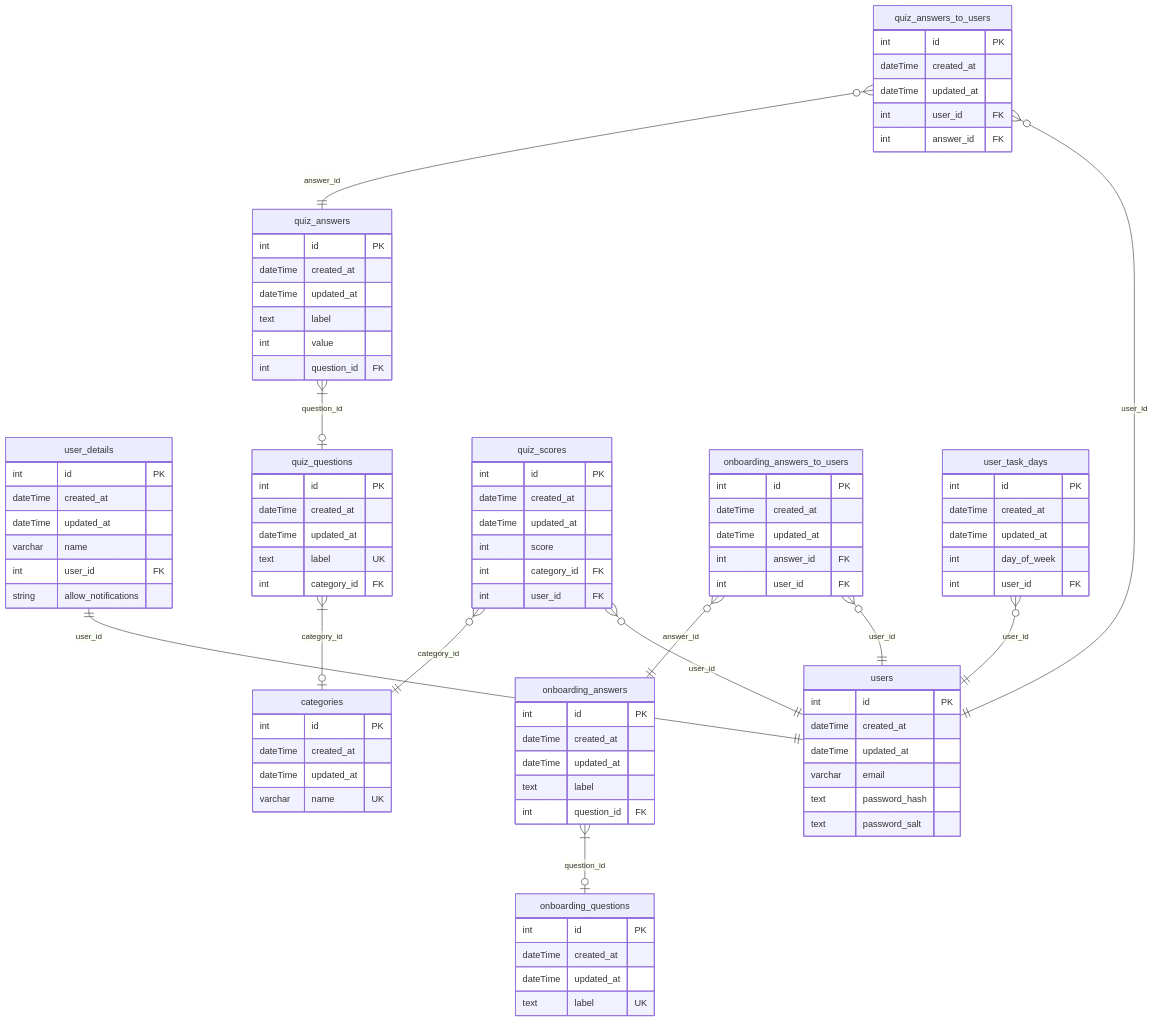
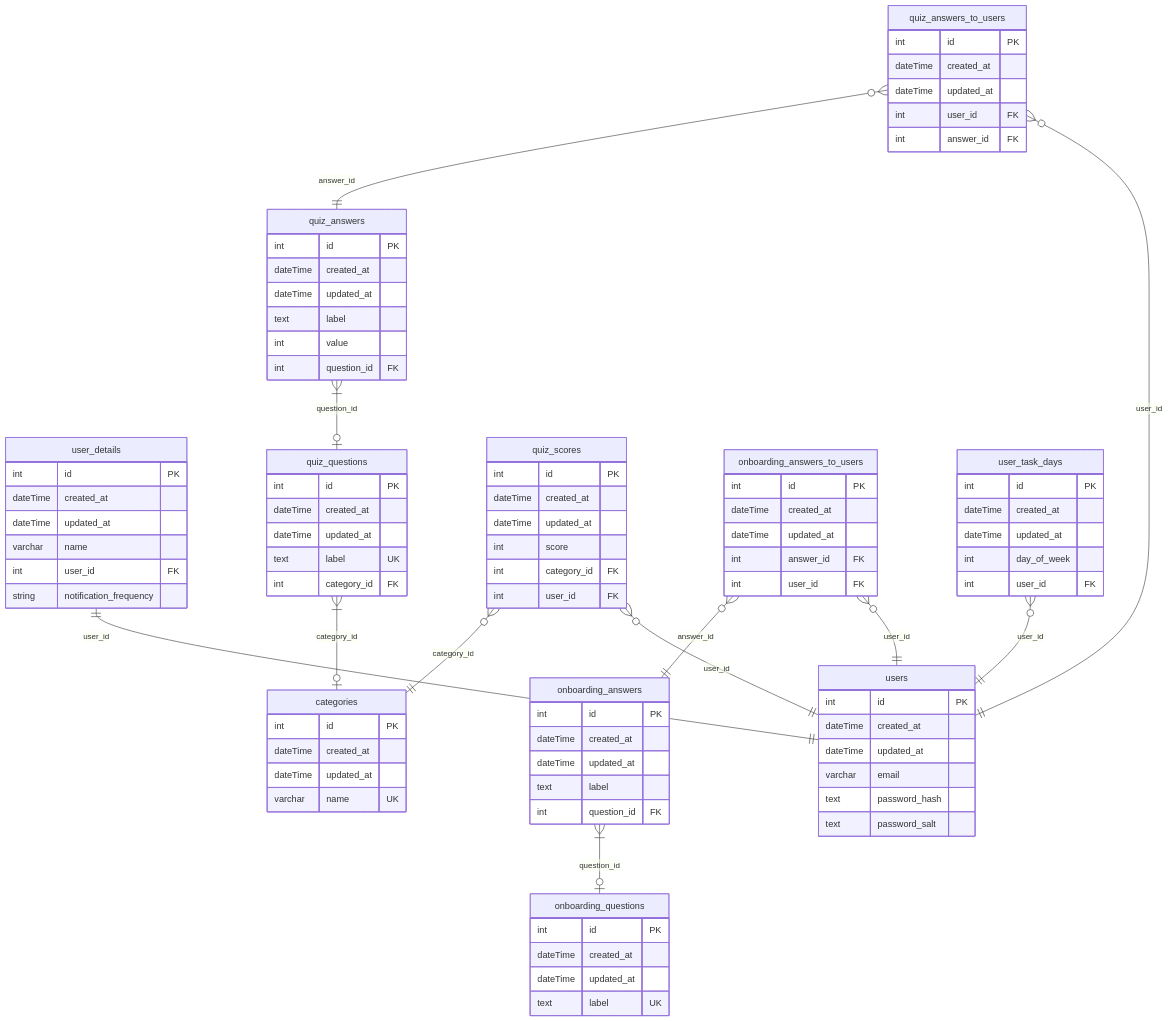
The diagram in readme.md (BinaryStudioAcademy/bsa-2024-bebalance), drawn with Mermaid before and after one commit. The commit also changed 17 other files, not shown here.

Commit message:
refactor(shared): rename allowNotification -> NotificationFrequency bb-243

```diff
--- a/readme.md
+++ b/readme.md
@@ -41,7 +41,7 @@
         dateTime updated_at
         varchar name
         int user_id FK
-        string allow_notifications
+        string notification_frequency
     }
 
     categories {
```
